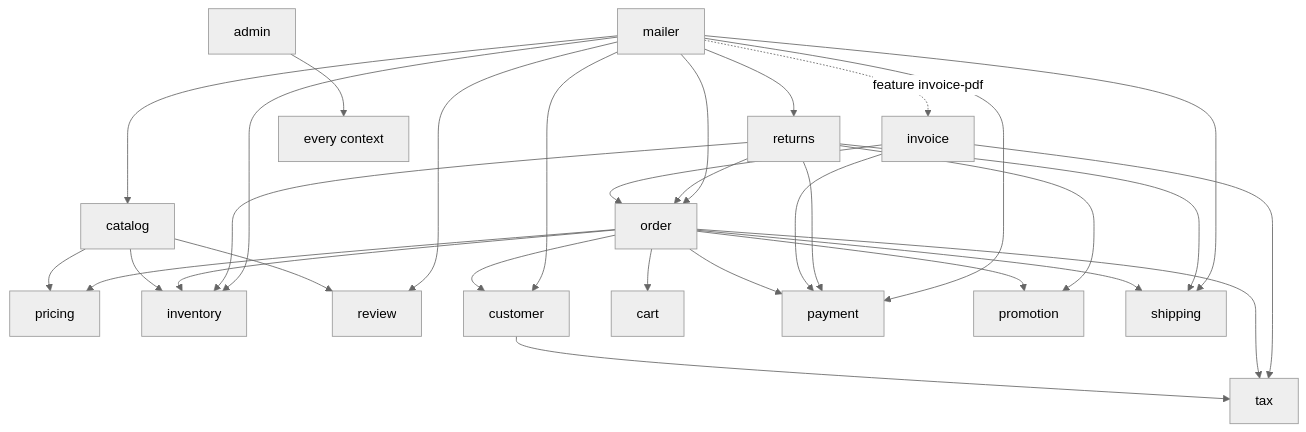
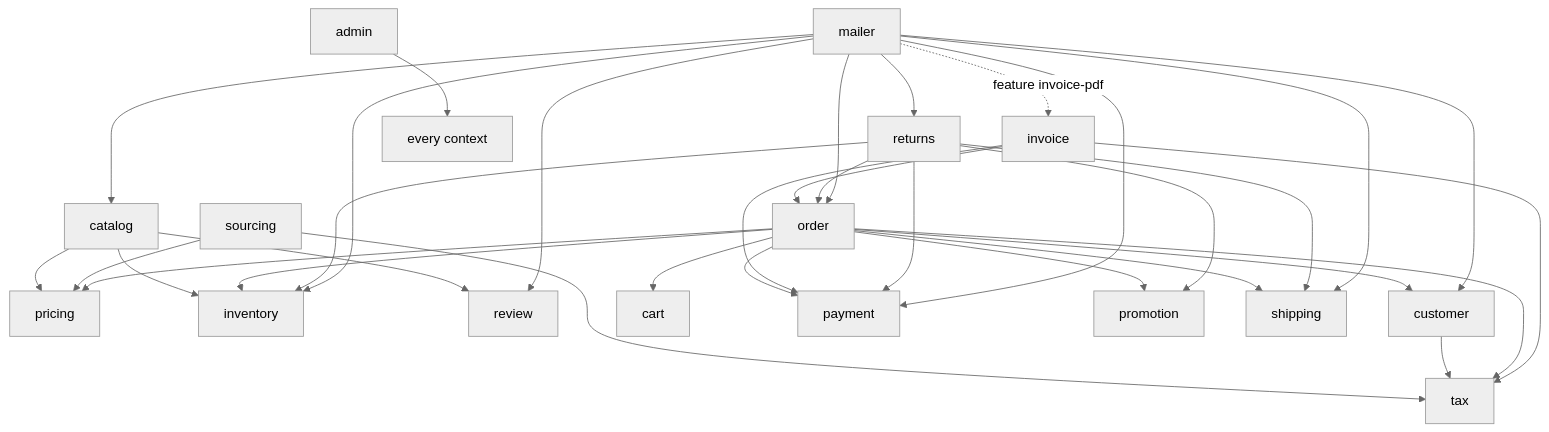
One commit to timayz/timada changed the first of 2 diagrams in docs/architecture.md. Above: the diagram before and after it, drawn with Mermaid (neutral theme). The commit also changed other lines of this file and 27 other files, not shown here.

````diff
--- a/docs/architecture.md
+++ b/docs/architecture.md
@@ -33,11 +33,12 @@
 ```mermaid
 graph TD
     catalog --> pricing & inventory & review
+    sourcing --> pricing & tax
     customer --> tax
     order --> cart & customer & inventory & payment & pricing & promotion & shipping & tax
     invoice --> order & payment & tax
     returns --> order & payment & inventory & promotion & shipping
     mailer --> order & payment & inventory & returns & review & customer & catalog & shipping
     mailer -. feature invoice-pdf .-> invoice
     admin --> everything[every context]
 ```
````
